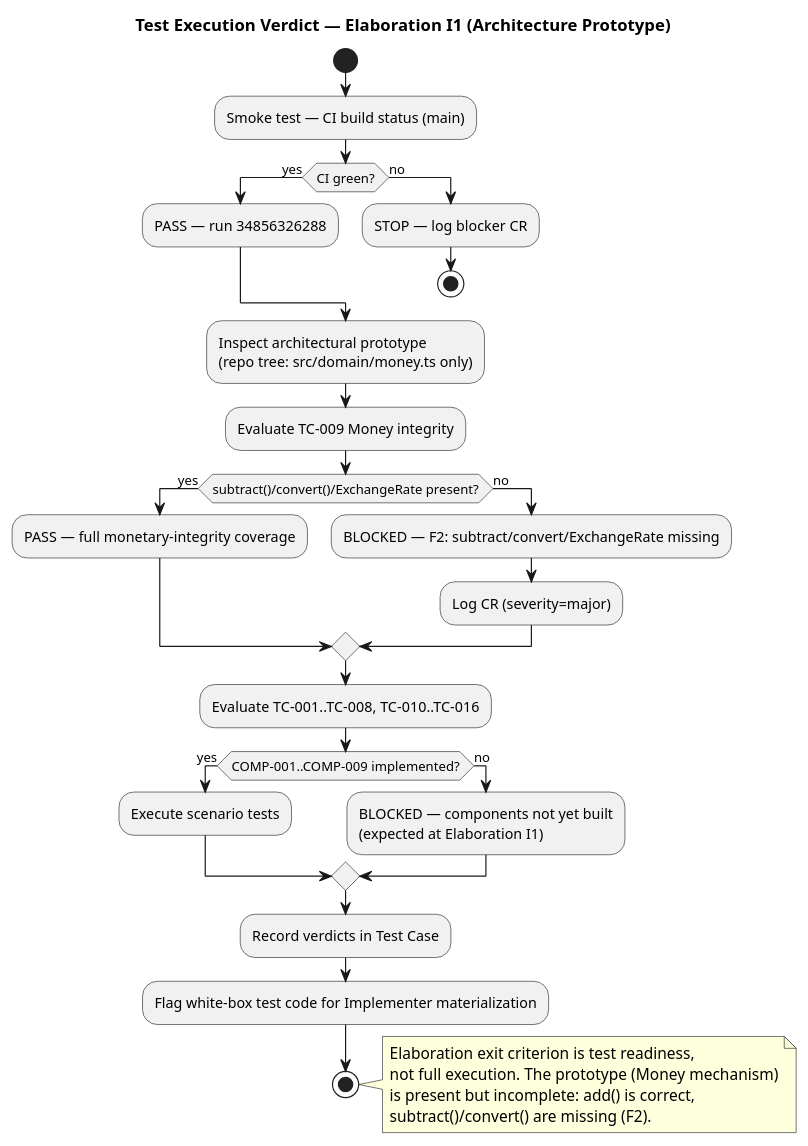
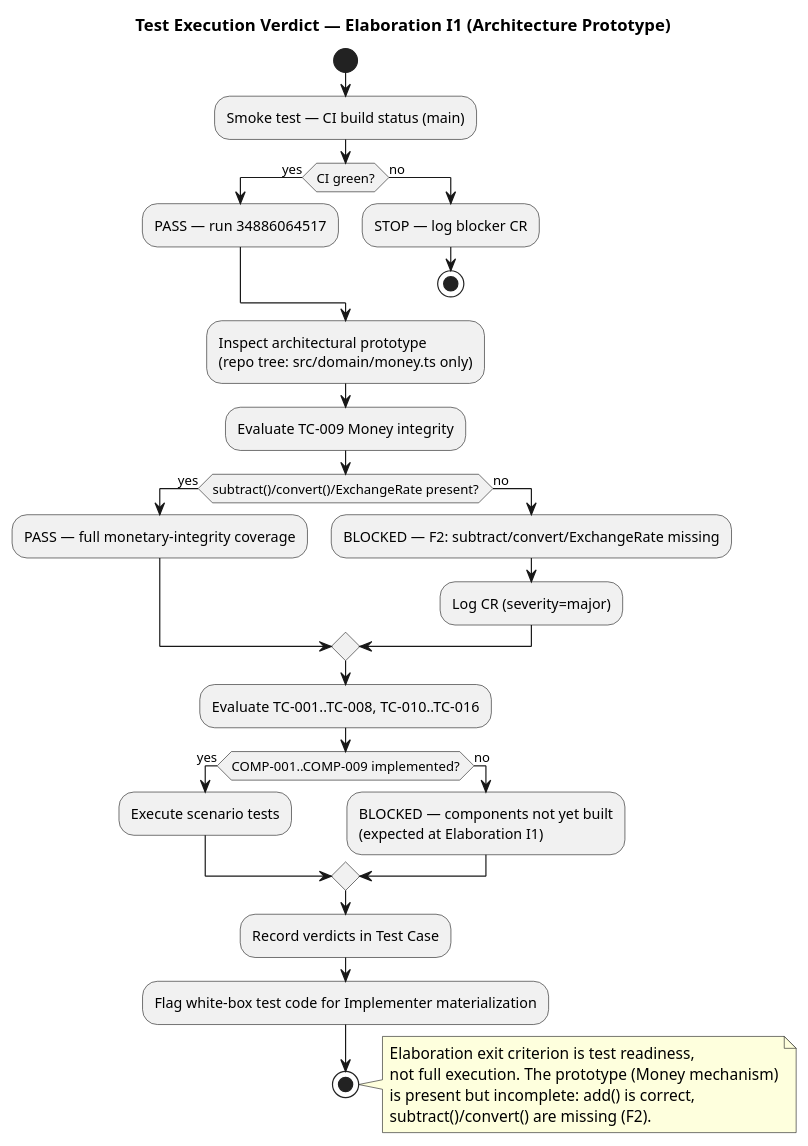
The third of 4 diagrams in docs/artifacts/test/test-case.md (banense-test/trademe), drawn with PlantUML before and after one commit. The commit also changed other lines of this file, not shown here.

Commit message:
Test Designer [E2]: upsert Test Case
[skip ci]

````diff
--- a/docs/artifacts/test/test-case.md
+++ b/docs/artifacts/test/test-case.md
@@ -82,42 +82,42 @@
 ```plantuml
 @startuml
 title Test Execution Verdict — Elaboration I1 (Architecture Prototype)
 
 start
 :Smoke test — CI build status (main);
 if (CI green?) then (yes)
-  :PASS — run 34856326288;
+  :PASS — run 34886064517;
 else (no)
   :STOP — log blocker CR;
   stop
 endif
 
 :Inspect architectural prototype\n(repo tree: src/domain/money.ts only);
 :Evaluate TC-009 Money integrity;
 
 if (subtract()/convert()/ExchangeRate present?) then (yes)
   :PASS — full monetary-integrity coverage;
 else (no)
   :BLOCKED — F2: subtract/convert/ExchangeRate missing;
   :Log CR (severity=major);
 endif
 
 :Evaluate TC-001..TC-008, TC-010..TC-016;
 if (COMP-001..COMP-009 implemented?) then (yes)
   :Execute scenario tests;
 else (no)
   :BLOCKED — components not yet built\n(expected at Elaboration I1);
 endif
 
 :Record verdicts in Test Case;
 :Flag white-box test code for Implementer materialization;
 stop
 
 note right
   Elaboration exit criterion is test readiness,
   not full execution. The prototype (Money mechanism)
   is present but incomplete: add() is correct,
   subtract()/convert() are missing (F2).
 end note
 @enduml
 ```
````
